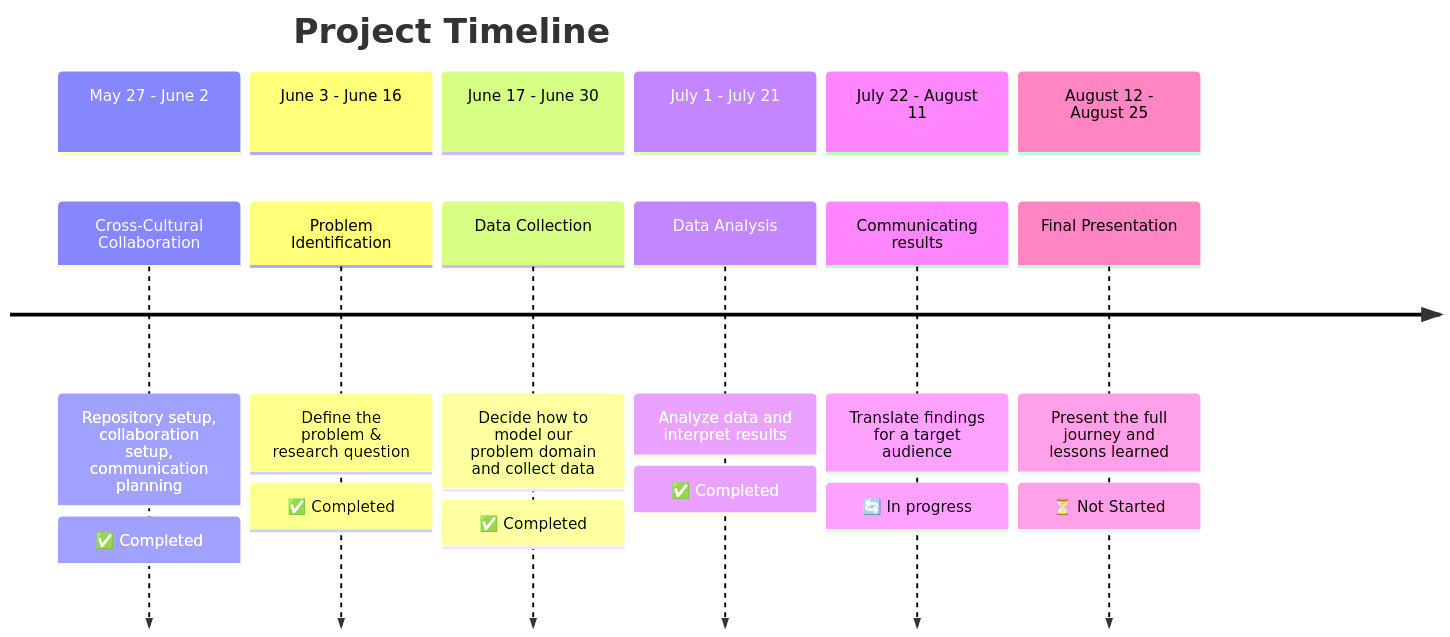
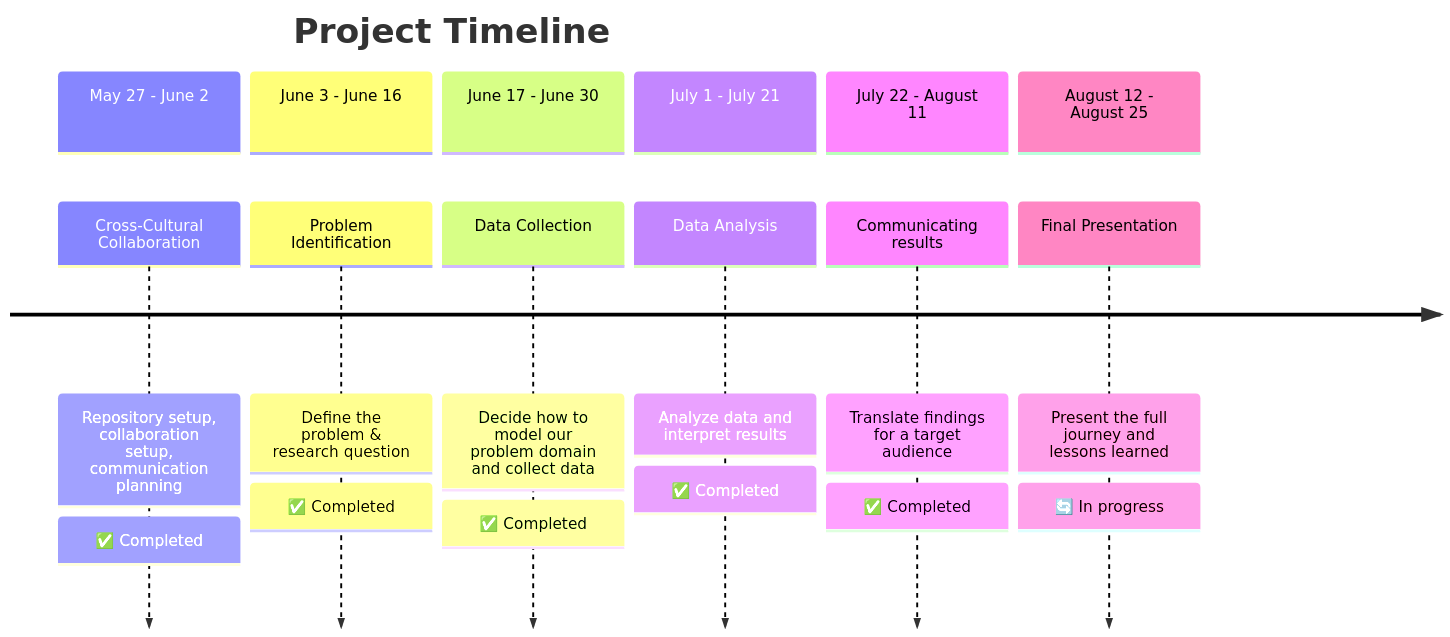
Before and after one commit to MIT-Emerging-Talent/ET6-CDSP-group-08-repo: the diagram in README.md, drawn with Mermaid. The commit also changed other lines of this file, not shown here.

Commit message:
update timeline

````diff
--- a/README.md
+++ b/README.md
@@ -457,22 +457,22 @@
 ```mermaid
 timeline
     title Project Timeline
     section May 27 - June 2
         Cross-Cultural Collaboration :
             Repository setup, collaboration setup, communication planning : ✅ Completed
     section June 3 - June 16
         Problem Identification :
             Define the problem & research question : ✅ Completed
     section June 17 - June 30
         Data Collection :
             Decide how to model our problem domain and collect data : ✅ Completed
     section July 1 - July 21
         Data Analysis:
             Analyze data and interpret results : ✅ Completed
     section July 22 - August 11
         Communicating results:
-            Translate findings for a target audience : 🔄 In progress
+            Translate findings for a target audience : ✅ Completed
     section August 12 - August 25
         Final Presentation:
-            Present the full journey and lessons learned : ⏳ Not Started
+            Present the full journey and lessons learned : 🔄 In progress
 ```
````
